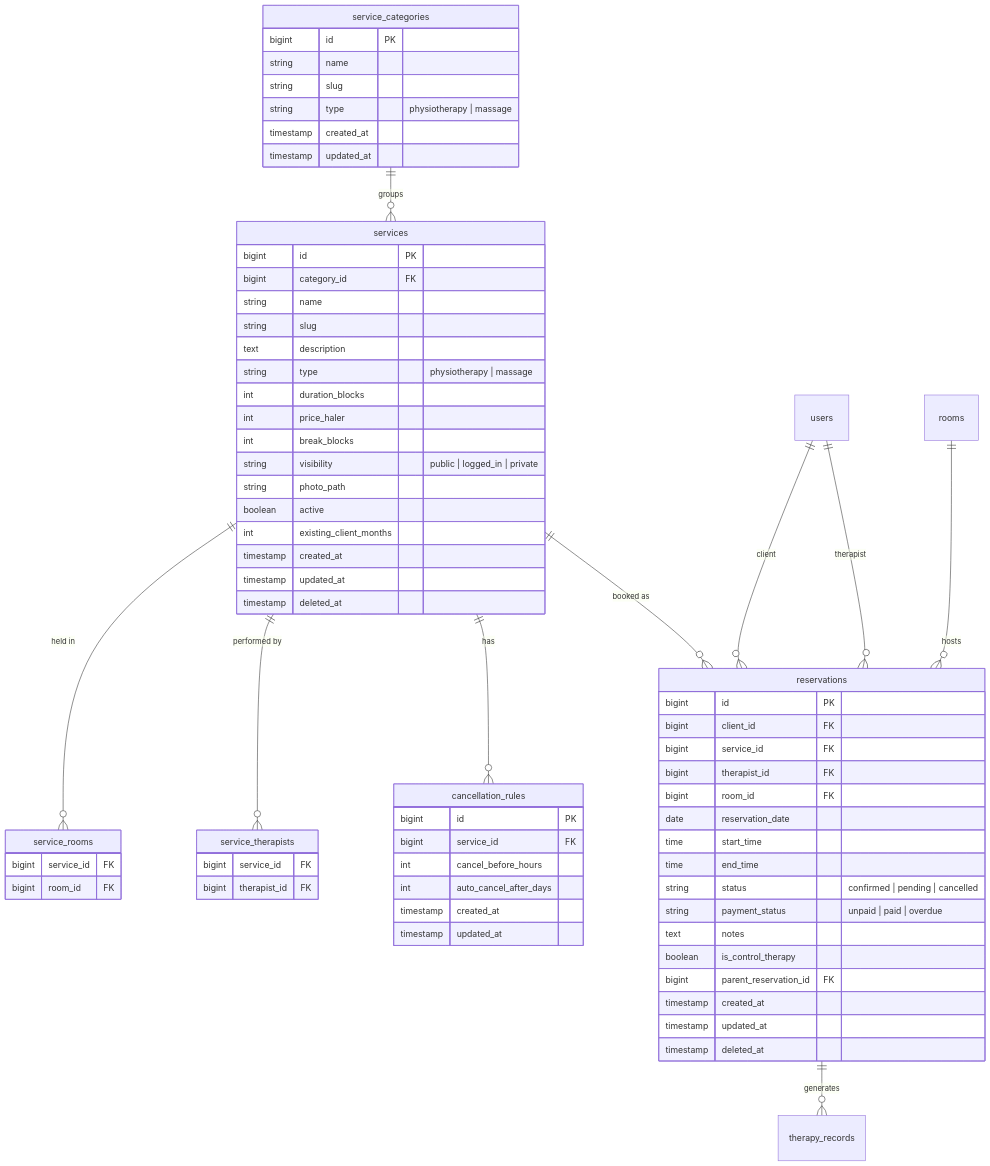
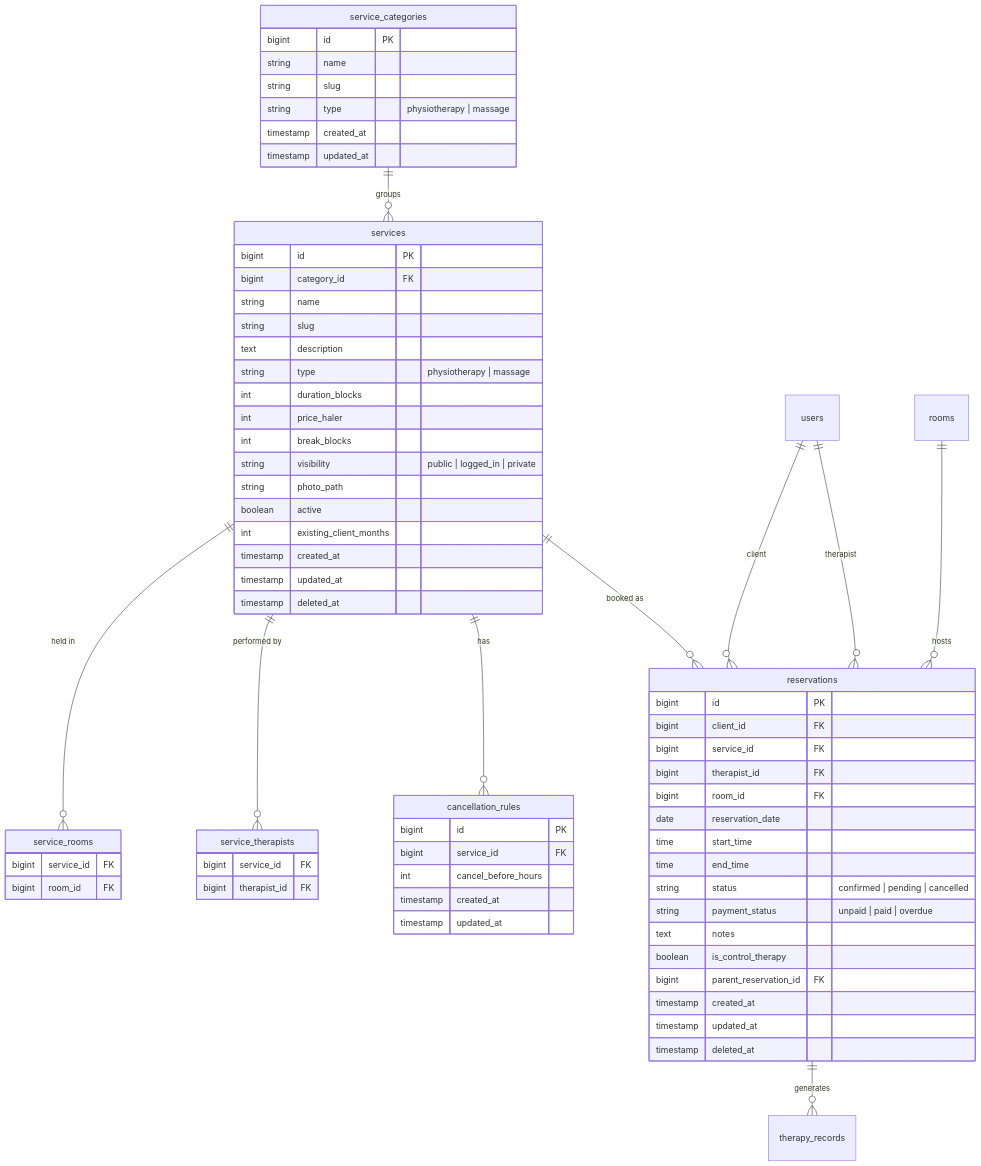
Before and after one commit to michal-cecko/friendly-fyzio-app: the third of 7 diagrams in docs/master-specification.md, drawn with Mermaid. The commit also changed 255 other files, not shown here.

````diff
--- a/docs/master-specification.md
+++ b/docs/master-specification.md
@@ -182,73 +182,72 @@
 ```mermaid
 erDiagram
     service_categories {
         bigint id PK
         string name
         string slug
         string type "physiotherapy | massage"
         timestamp created_at
         timestamp updated_at
     }
     services {
         bigint id PK
         bigint category_id FK
         string name
         string slug
         text description
         string type "physiotherapy | massage"
         int duration_blocks
         int price_haler
         int break_blocks
         string visibility "public | logged_in | private"
         string photo_path
         boolean active
         int existing_client_months
         timestamp created_at
         timestamp updated_at
         timestamp deleted_at
     }
     service_rooms {
         bigint service_id FK
         bigint room_id FK
     }
     service_therapists {
         bigint service_id FK
         bigint therapist_id FK
     }
     cancellation_rules {
         bigint id PK
         bigint service_id FK
         int cancel_before_hours
-        int auto_cancel_after_days
         timestamp created_at
         timestamp updated_at
     }
     reservations {
         bigint id PK
         bigint client_id FK
         bigint service_id FK
         bigint therapist_id FK
         bigint room_id FK
         date reservation_date
         time start_time
         time end_time
         string status "confirmed | pending | cancelled"
         string payment_status "unpaid | paid | overdue"
         text notes
         boolean is_control_therapy
         bigint parent_reservation_id FK
         timestamp created_at
         timestamp updated_at
         timestamp deleted_at
     }
 
     services ||--o{ service_rooms : "held in"
     services ||--o{ service_therapists : "performed by"
     services ||--o{ cancellation_rules : "has"
     service_categories ||--o{ services : "groups"
     users ||--o{ reservations : "client"
     services ||--o{ reservations : "booked as"
     users ||--o{ reservations : "therapist"
     rooms ||--o{ reservations : "hosts"
     reservations ||--o{ therapy_records : "generates"
 ```
````
